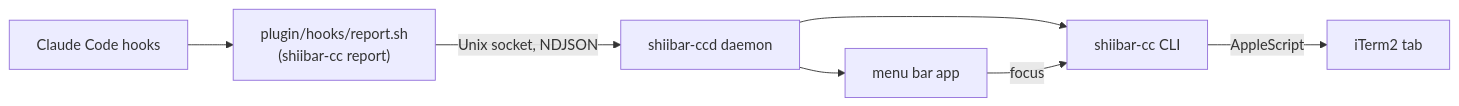
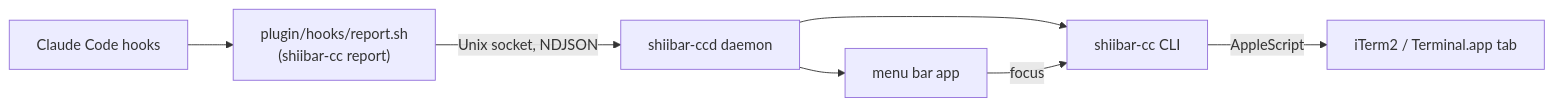
The diagram in README.md (bufferings/shiibar-cc), drawn with Mermaid before and after one commit. The commit also changed other lines of this file and 29 other files, not shown here.

First line of the commit message:
Add Terminal.app support with prefixed targets (M40)

````diff
--- a/README.md
+++ b/README.md
@@ -203,9 +221,9 @@
 ```mermaid
 flowchart LR
     hooks[Claude Code hooks] --> report["plugin/hooks/report.sh<br>(shiibar-cc report)"]
     report -- "Unix socket, NDJSON" --> daemon[shiibar-ccd daemon]
     daemon --> app[menu bar app]
     daemon --> cli[shiibar-cc CLI]
     app -- "focus" --> cli
-    cli -- "AppleScript" --> iterm[iTerm2 tab]
+    cli -- "AppleScript" --> term[iTerm2 / Terminal.app tab]
 ```
````
